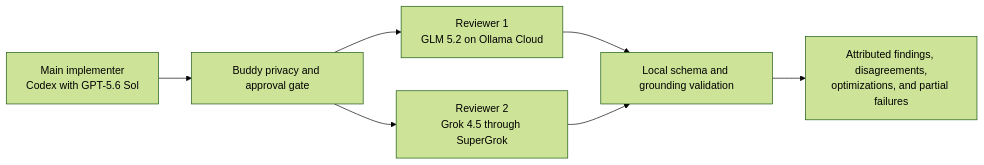
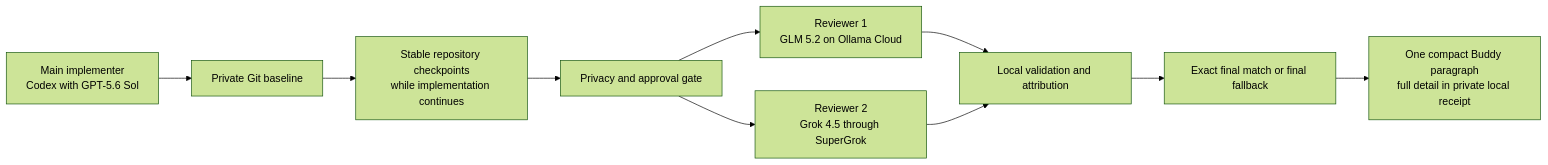
The first of 3 diagrams in README.md (pnascimento9596/codex-buddy-reviewer), drawn with Mermaid (forest theme) before and after one commit. The commit also changed other lines of this file and 63 other files, not shown here.

First line of the commit message:
Add continuous exact-checkpoint buddy review (#5)

````diff
--- a/README.md
+++ b/README.md
@@ -96,9 +98,12 @@
 ```mermaid
 flowchart LR
-    I["Main implementer<br/>Codex with GPT-5.6 Sol"] --> B["Buddy privacy and approval gate"]
-    B --> R1["Reviewer 1<br/>GLM 5.2 on Ollama Cloud"]
-    B --> R2["Reviewer 2<br/>Grok 4.5 through SuperGrok"]
-    R1 --> V["Local schema and grounding validation"]
+    I["Main implementer<br/>Codex with GPT-5.6 Sol"] --> B["Private Git baseline"]
+    B --> C["Stable repository checkpoints<br/>while implementation continues"]
+    C --> G["Privacy and approval gate"]
+    G --> R1["Reviewer 1<br/>GLM 5.2 on Ollama Cloud"]
+    G --> R2["Reviewer 2<br/>Grok 4.5 through SuperGrok"]
+    R1 --> V["Local validation and attribution"]
     R2 --> V
-    V --> O["Attributed findings, disagreements,<br/>optimizations, and partial failures"]
+    V --> F["Exact final match or final fallback"]
+    F --> O["One compact Buddy paragraph<br/>full detail in private local receipt"]
 ```
````
